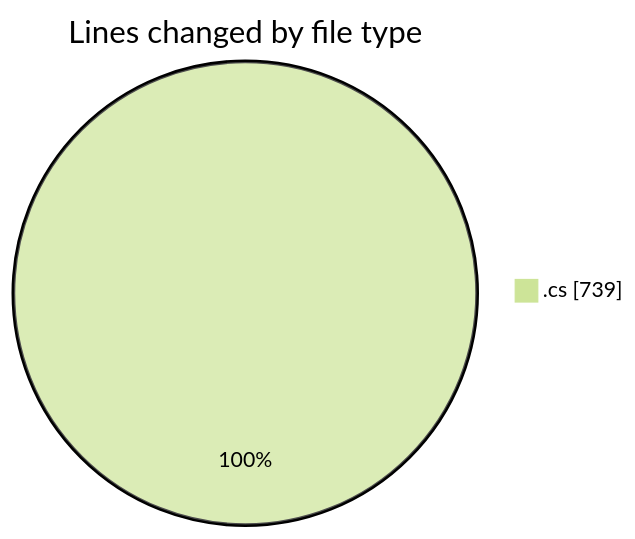
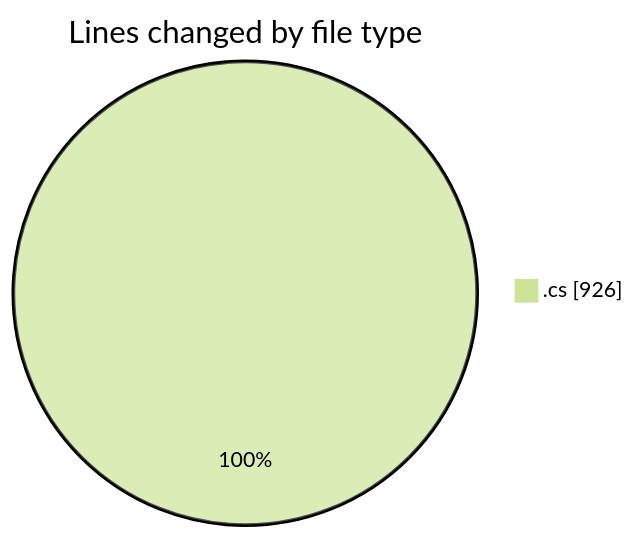
Before and after one commit to Netris89/code-tracking: the first of 2 diagrams in 2025-03-27/back-end/README.md, drawn with Mermaid (forest theme). The commit also changed other lines of this file and 1 other file, not shown here.

````diff
--- a/2025-03-27/back-end/README.md
+++ b/2025-03-27/back-end/README.md
@@ -28,5 +28,5 @@
 ```mermaid
 pie showData
 title Lines changed by file type
-".cs" : 739
+".cs" : 926
 ```
````
